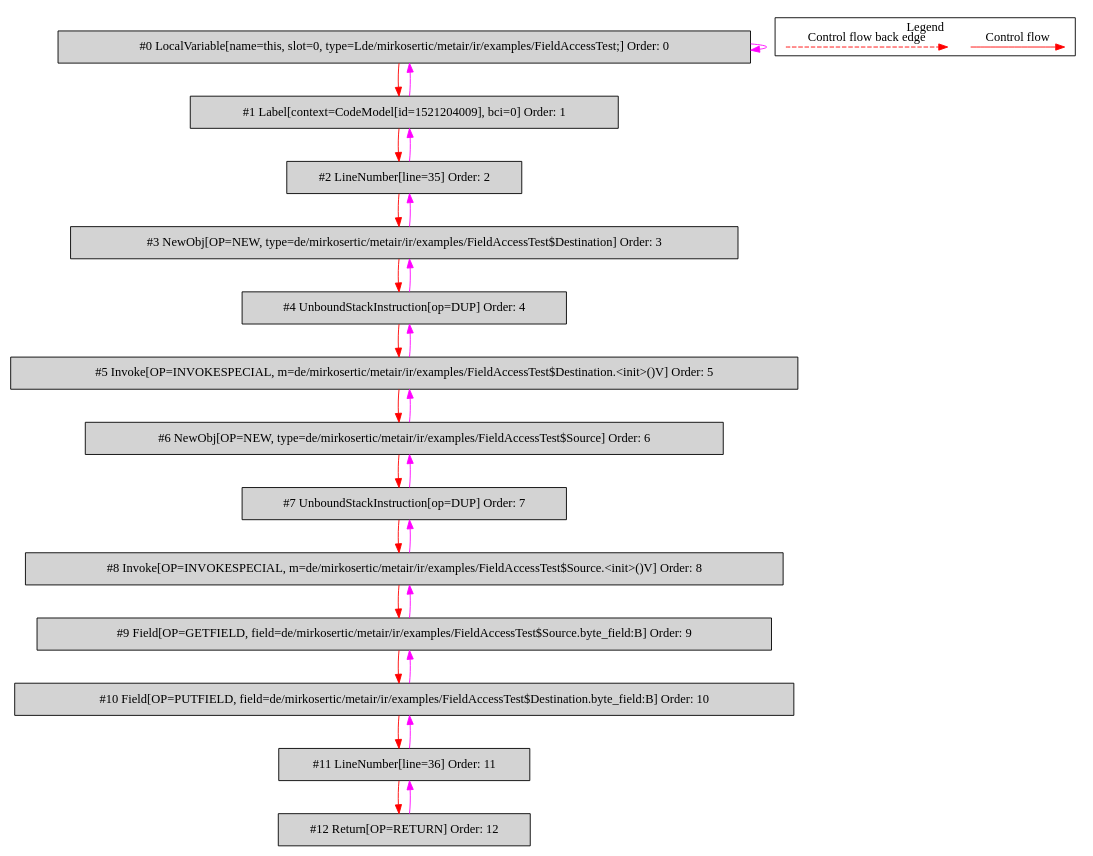
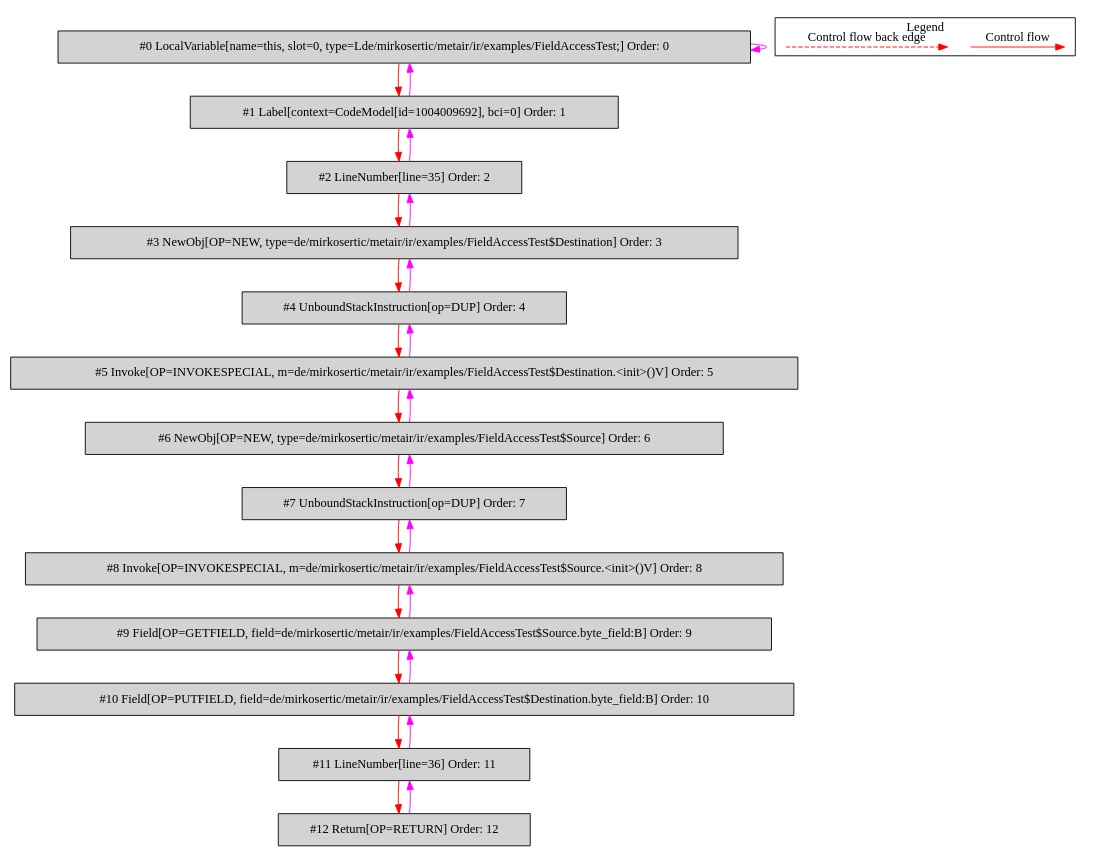
Before and after one commit to mirkosertic/MetaIR: the diagram in de.mirkosertic.metair.ir.examples.FieldAccessTest/copy_byte/bytecodecfg.dot, drawn with Graphviz. The commit also changed 610 other files, not shown here.

```diff
--- a/de.mirkosertic.metair.ir.examples.FieldAccessTest/copy_byte/bytecodecfg.dot
+++ b/de.mirkosertic.metair.ir.examples.FieldAccessTest/copy_byte/bytecodecfg.dot
@@ -1,55 +1,55 @@
 digraph {
  ordering="in";
  node0[label="#0 LocalVariable[name=this, slot=0, type=Lde/mirkosertic/metair/ir/examples/FieldAccessTest;] Order: 0", shape=box, fillcolor=lightgrey, style=filled];
- node1[label="#1 Label[context=CodeModel[id=1521204009], bci=0] Order: 1", shape=box, fillcolor=lightgrey, style=filled];
+ node1[label="#1 Label[context=CodeModel[id=1004009692], bci=0] Order: 1", shape=box, fillcolor=lightgrey, style=filled];
  node2[label="#2 LineNumber[line=35] Order: 2", shape=box, fillcolor=lightgrey, style=filled];
  node3[label="#3 NewObj[OP=NEW, type=de/mirkosertic/metair/ir/examples/FieldAccessTest$Destination] Order: 3", shape=box, fillcolor=lightgrey, style=filled];
  node4[label="#4 UnboundStackInstruction[op=DUP] Order: 4", shape=box, fillcolor=lightgrey, style=filled];
  node5[label="#5 Invoke[OP=INVOKESPECIAL, m=de/mirkosertic/metair/ir/examples/FieldAccessTest$Destination.<init>()V] Order: 5", shape=box, fillcolor=lightgrey, style=filled];
  node6[label="#6 NewObj[OP=NEW, type=de/mirkosertic/metair/ir/examples/FieldAccessTest$Source] Order: 6", shape=box, fillcolor=lightgrey, style=filled];
  node7[label="#7 UnboundStackInstruction[op=DUP] Order: 7", shape=box, fillcolor=lightgrey, style=filled];
  node8[label="#8 Invoke[OP=INVOKESPECIAL, m=de/mirkosertic/metair/ir/examples/FieldAccessTest$Source.<init>()V] Order: 8", shape=box, fillcolor=lightgrey, style=filled];
  node9[label="#9 Field[OP=GETFIELD, field=de/mirkosertic/metair/ir/examples/FieldAccessTest$Source.byte_field:B] Order: 9", shape=box, fillcolor=lightgrey, style=filled];
  node10[label="#10 Field[OP=PUTFIELD, field=de/mirkosertic/metair/ir/examples/FieldAccessTest$Destination.byte_field:B] Order: 10", shape=box, fillcolor=lightgrey, style=filled];
  node11[label="#11 LineNumber[line=36] Order: 11", shape=box, fillcolor=lightgrey, style=filled];
  node12[label="#12 Return[OP=RETURN] Order: 12", shape=box, fillcolor=lightgrey, style=filled];
  node0 -> node0[color=fuchsia];
  node0 -> node1[color=red];
  node1 -> node0[color=fuchsia];
  node1 -> node2[color=red];
  node2 -> node1[color=fuchsia];
  node2 -> node3[color=red];
  node3 -> node2[color=fuchsia];
  node3 -> node4[color=red];
  node4 -> node3[color=fuchsia];
  node4 -> node5[color=red];
  node5 -> node4[color=fuchsia];
  node5 -> node6[color=red];
  node6 -> node5[color=fuchsia];
  node6 -> node7[color=red];
  node7 -> node6[color=fuchsia];
  node7 -> node8[color=red];
  node8 -> node7[color=fuchsia];
  node8 -> node9[color=red];
  node9 -> node8[color=fuchsia];
  node9 -> node10[color=red];
  node10 -> node9[color=fuchsia];
  node10 -> node11[color=red];
  node11 -> node10[color=fuchsia];
  node11 -> node12[color=red];
  node12 -> node11[color=fuchsia];
  subgraph cluster_000 {
   label = "Legend";
   node [shape=point]
   {
    rank=same;
    c0 [style = invis];
    c1 [style = invis];
    c2 [style = invis];
    c3 [style = invis];
   }
   c0 -> c1 [label="Control flow", style=solid, color=red]
   c2 -> c3 [label="Control flow back edge", style=dashed, color=red]
  }
 
 }
```
